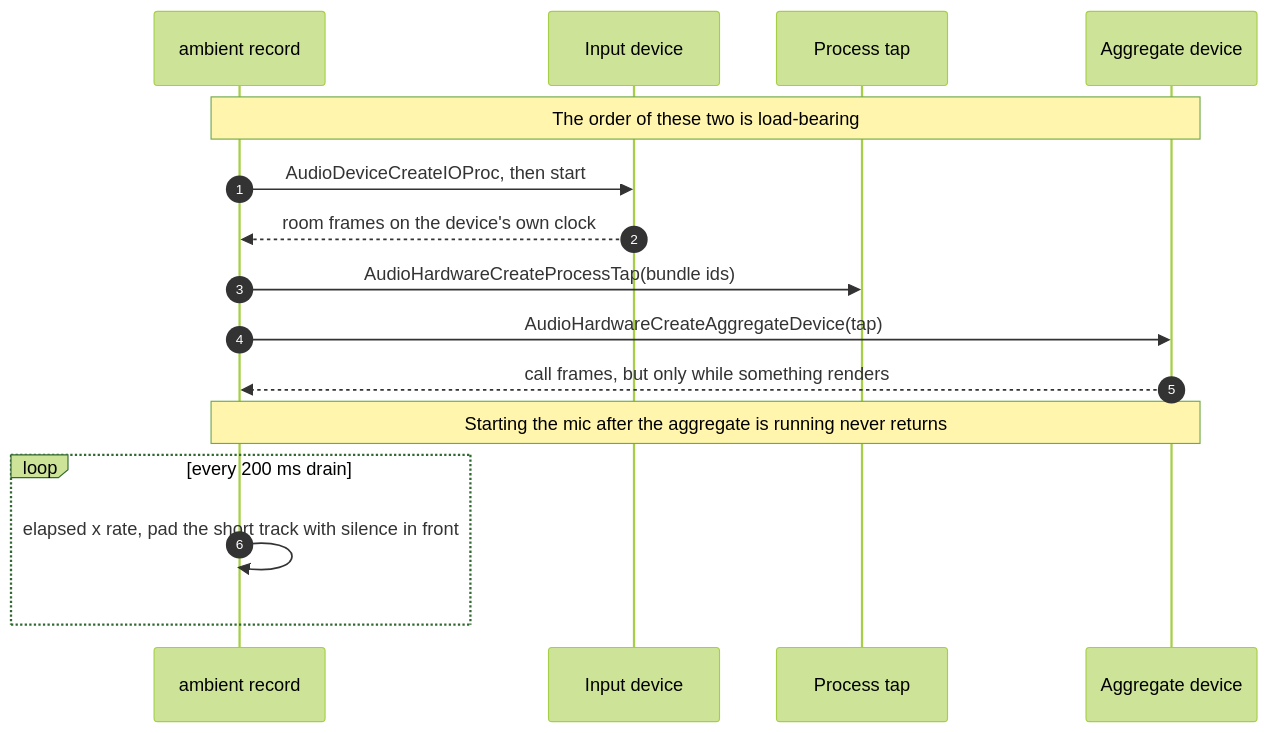
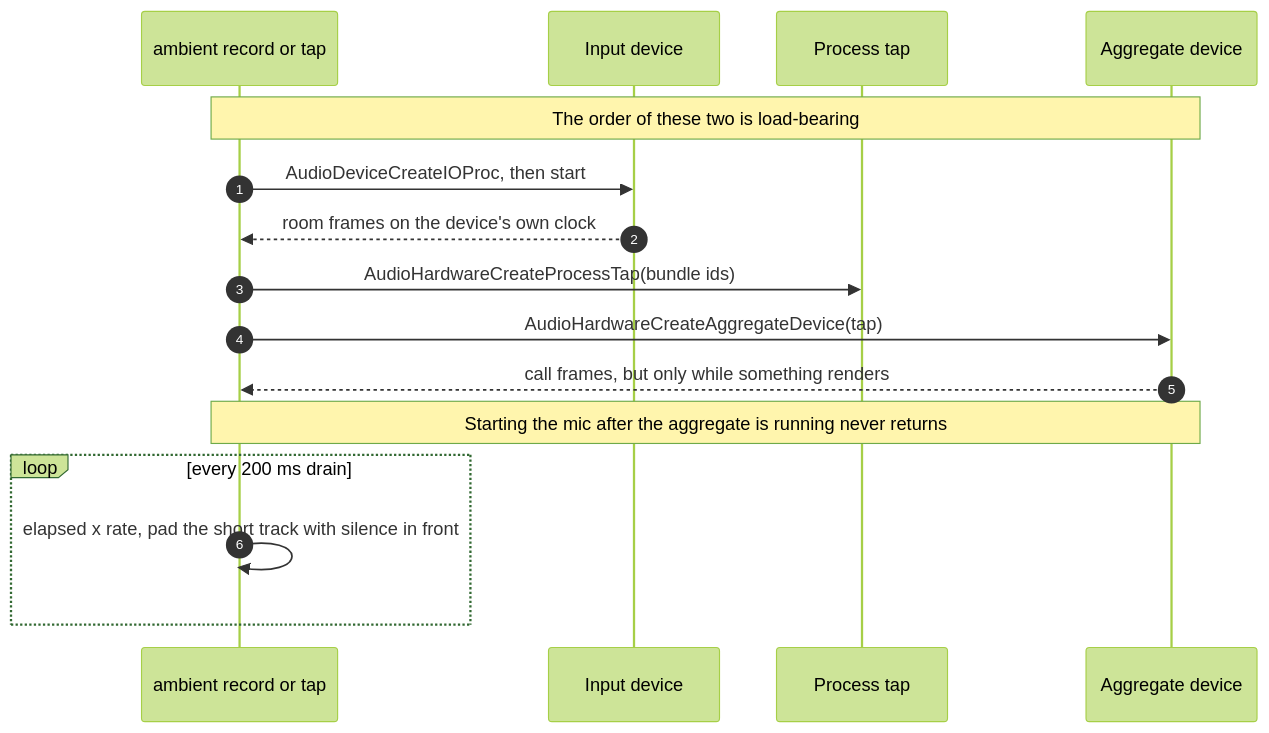
The diagram in docs/developing/capture.md (jasonm4130-labs/ambient), drawn with Mermaid (forest theme) before and after one commit. The commit also changed other lines of this file and 10 other files, not shown here.

````diff
--- a/docs/developing/capture.md
+++ b/docs/developing/capture.md
@@ -27,20 +29,20 @@
 ```mermaid
 sequenceDiagram
     autonumber
-    participant R as ambient record
+    participant R as ambient record or tap
     participant M as Input device
     participant T as Process tap
     participant A as Aggregate device
 
     Note over R,A: The order of these two is load-bearing
     R->>M: AudioDeviceCreateIOProc, then start
     M-->>R: room frames on the device's own clock
     R->>T: AudioHardwareCreateProcessTap(bundle ids)
     R->>A: AudioHardwareCreateAggregateDevice(tap)
     A-->>R: call frames, but only while something renders
     Note over R,A: Starting the mic after the aggregate is running never returns
 
     loop every 200 ms drain
         R->>R: elapsed x rate, pad the short track with silence in front
     end
 ```
````
